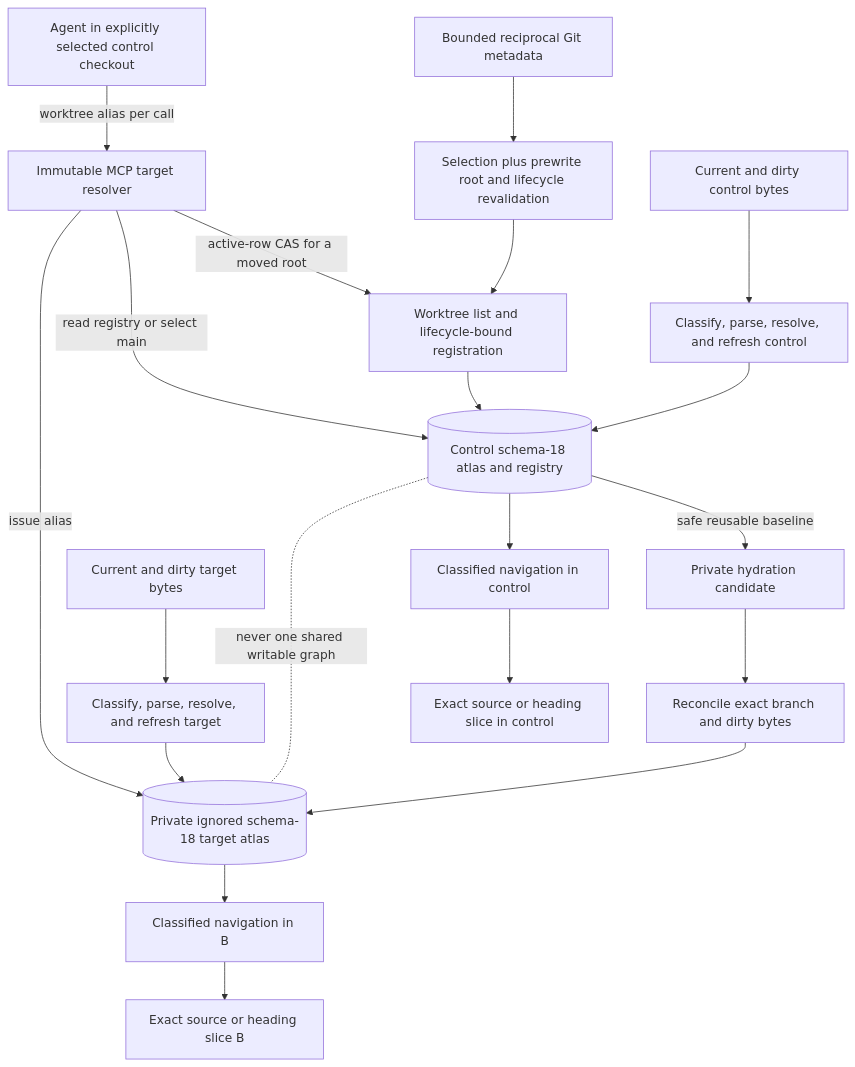
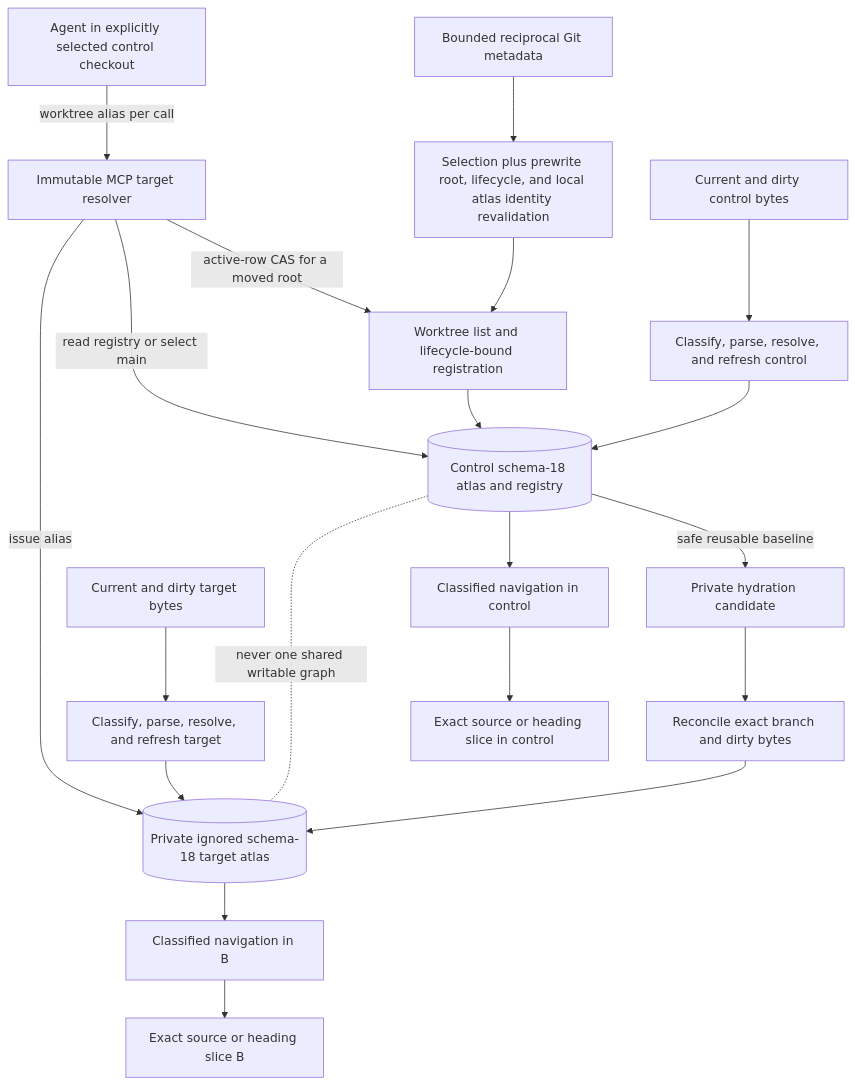
Before and after one commit to styler-ai/ProjectAtlas: diagram 26 of 33 in docs/projectatlas-3-architecture.md, drawn with Mermaid. The commit also changed other lines of this file and 3 other files, not shown here.

````diff
--- a/docs/projectatlas-3-architecture.md
+++ b/docs/projectatlas-3-architecture.md
@@ -1808,22 +1808,22 @@
 ```mermaid
 flowchart TB
     Agent[Agent in explicitly selected control checkout] -->|worktree alias per call| Resolver[Immutable MCP target resolver]
-    Git[Bounded reciprocal Git metadata] --> Revalidate[Selection plus prewrite root and lifecycle revalidation]
+    Git[Bounded reciprocal Git metadata] --> Revalidate[Selection plus prewrite root, lifecycle, and local atlas identity revalidation]
     Revalidate --> Registry[Worktree list and lifecycle-bound registration]
     Resolver -->|active-row CAS for a moved root| Registry
     Registry --> Control
     Resolver -->|read registry or select main| Control[(Control schema-18 atlas and registry)]
     Resolver -->|issue alias| DbB[(Private ignored schema-18 target atlas)]
     Control -->|safe reusable baseline| Candidate[Private hydration candidate]
     Candidate --> Reconcile[Reconcile exact branch and dirty bytes]
     Reconcile --> DbB
     SavedA[Current and dirty control bytes] --> BuildA[Classify, parse, resolve, and refresh control]
     BuildA --> Control
     SavedB[Current and dirty target bytes] --> BuildB[Classify, parse, resolve, and refresh target]
     BuildB --> DbB
     Control --> NavigateA[Classified navigation in control]
     DbB --> NavigateB[Classified navigation in B]
     NavigateA --> SliceA[Exact source or heading slice in control]
     NavigateB --> SliceB[Exact source or heading slice B]
     Control -. never one shared writable graph .- DbB
 ```
````
